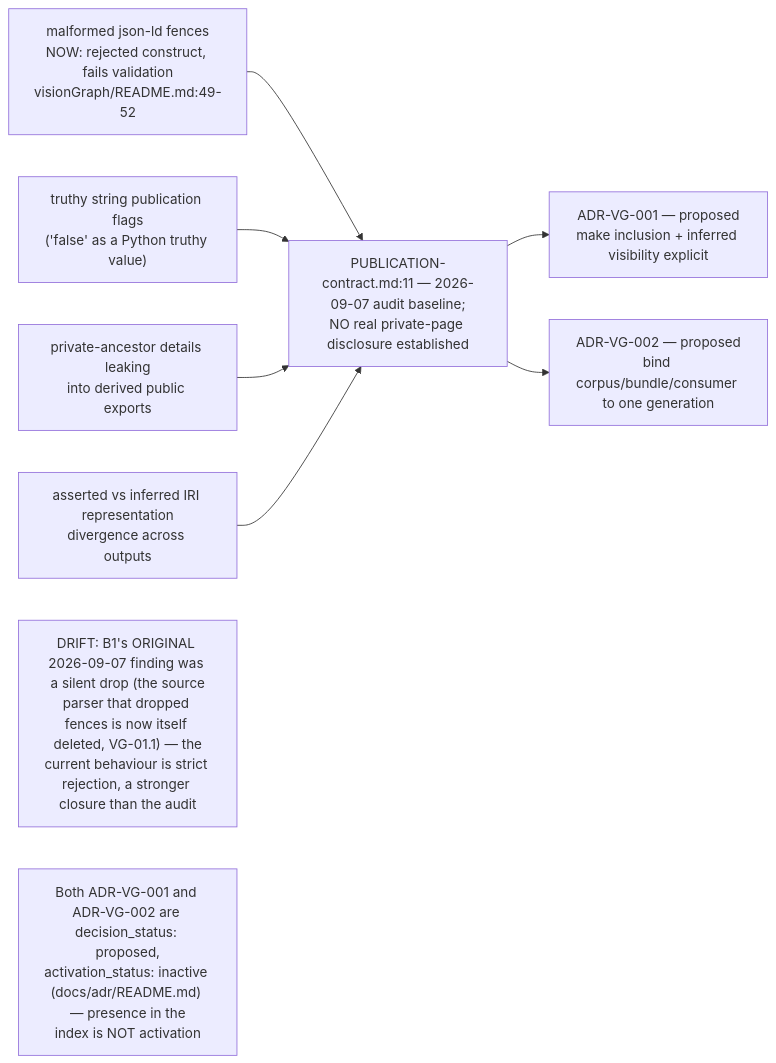
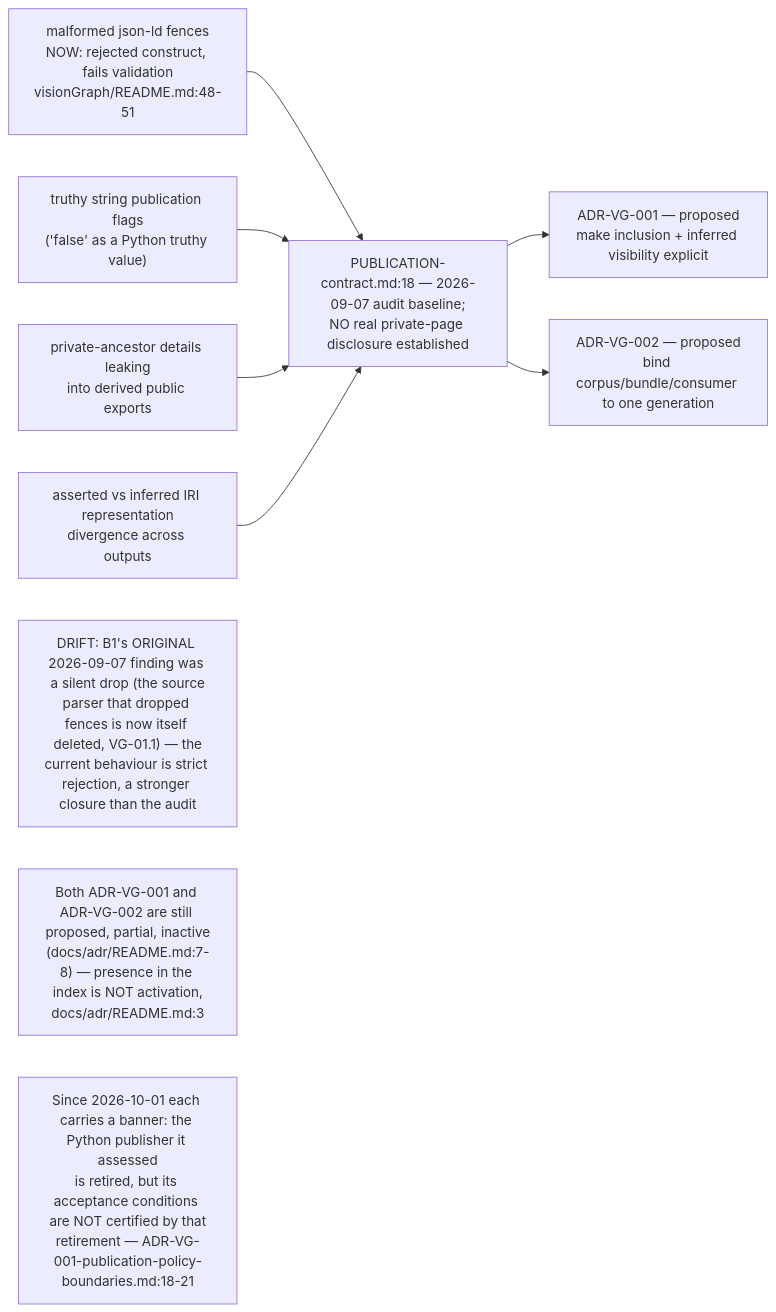
The third of 6 diagrams in docs/diagrams/visiongraph/01-vault-structure-and-contract.md (DreamLab-AI/VisionFlow), drawn with Mermaid before and after one commit. The commit also changed other lines of this file and 94 other files, not shown here.

First line of the commit message:
docs(diagrams): re-verify 130 topics against 2 October HEADs

````diff
--- a/docs/diagrams/visiongraph/01-vault-structure-and-contract.md
+++ b/docs/diagrams/visiongraph/01-vault-structure-and-contract.md
@@ -85,12 +93,13 @@
 ```mermaid
 flowchart LR
-    B1["malformed json-ld fences<br/>NOW: rejected construct, fails validation<br/>visionGraph/README.md:49-52"]
+    B1["malformed json-ld fences<br/>NOW: rejected construct, fails validation<br/>visionGraph/README.md:48-51"]
     B2["truthy string publication flags<br/>#40;'false' as a Python truthy value#41;"]
     B3["private-ancestor details leaking<br/>into derived public exports"]
     B4["asserted vs inferred IRI representation<br/>divergence across outputs"]
-    B1 & B2 & B3 & B4 --> EVID["PUBLICATION-contract.md:11 — 2026-09-07 audit baseline;<br/>NO real private-page disclosure established"]
+    B1 & B2 & B3 & B4 --> EVID["PUBLICATION-contract.md:18 — 2026-09-07 audit baseline;<br/>NO real private-page disclosure established"]
     EVID --> ADR1["ADR-VG-001 — proposed<br/>make inclusion + inferred visibility explicit"]
     EVID --> ADR2["ADR-VG-002 — proposed<br/>bind corpus/bundle/consumer to one generation"]
     note1["DRIFT: B1's ORIGINAL 2026-09-07 finding was a silent drop #40;the source<br/>parser that dropped fences is now itself deleted, VG-01.1#41; — the<br/>current behaviour is strict rejection, a stronger closure than the audit"]
-    note2["Both ADR-VG-001 and ADR-VG-002 are decision_status: proposed,<br/>activation_status: inactive #40;docs/adr/README.md#41; — presence in the<br/>index is NOT activation"]
+    note2["Both ADR-VG-001 and ADR-VG-002 are still proposed, partial, inactive<br/>#40;docs/adr/README.md:7-8#41; — presence in the index is NOT activation,<br/>docs/adr/README.md:3"]
+    note3["Since 2026-10-01 each carries a banner: the Python publisher it assessed<br/>is retired, but its acceptance conditions are NOT certified by that<br/>retirement — ADR-VG-001-publication-policy-boundaries.md:18-21"]
 ```
````
